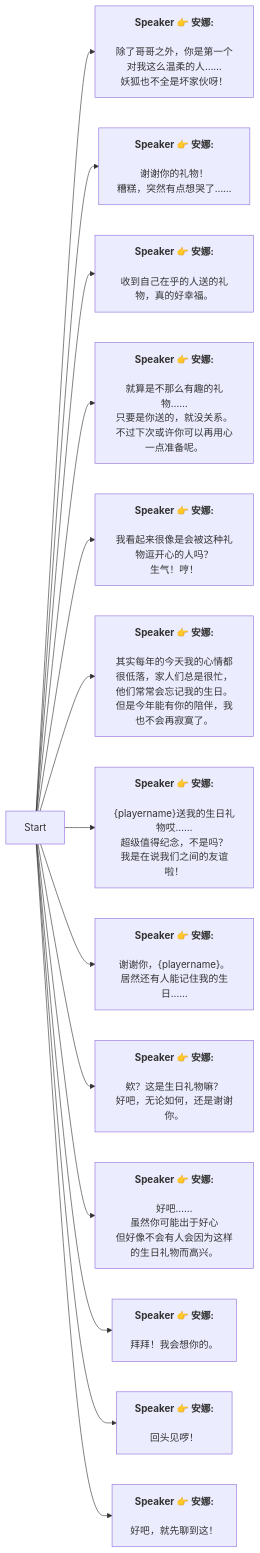
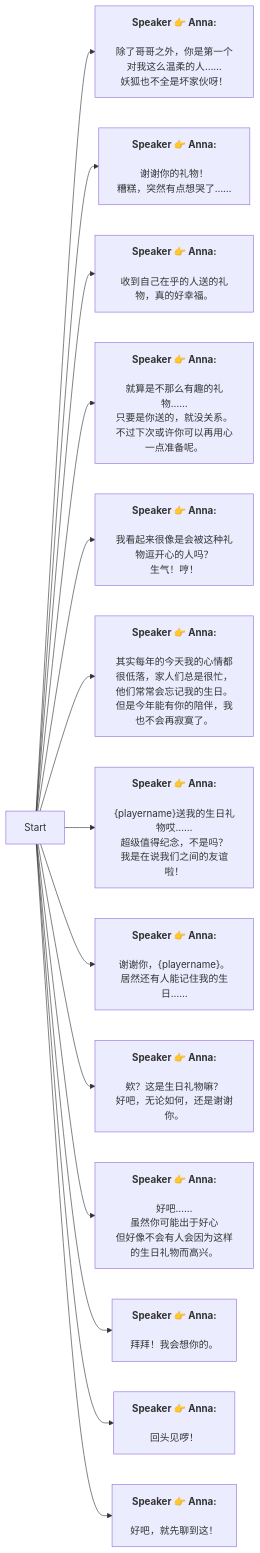
One commit to SoftHu/tos_avg changed the diagram in Zh/Anji.md. Above: the diagram before and after it, drawn with Mermaid. The commit also changed 737 other files, not shown here.

````diff
--- a/Zh/Anji.md
+++ b/Zh/Anji.md
@@ -1,55 +1,42 @@
 ```mermaid
 graph LR
-Start -->1763317949160131[<b>Speaker 👉 安娜:</b>
-
-除了哥哥之外，你是第一个对我这么温柔的人……
+Start -->1763317949160131[<b>Speaker 👉 Anna:</b>
+\n除了哥哥之外，你是第一个对我这么温柔的人……
 妖狐也不全是坏家伙呀！]
-Start -->1763317949160133[<b>Speaker 👉 安娜:</b>
-
-谢谢你的礼物！
+Start -->1763317949160133[<b>Speaker 👉 Anna:</b>
+\n谢谢你的礼物！
 糟糕，突然有点想哭了……]
-Start -->1763317949161159[<b>Speaker 👉 安娜:</b>
-
-收到自己在乎的人送的礼物，真的好幸福。]
-Start -->1763317949161161[<b>Speaker 👉 安娜:</b>
-
-就算是不那么有趣的礼物……
+Start -->1763317949161159[<b>Speaker 👉 Anna:</b>
+\n收到自己在乎的人送的礼物，真的好幸福。]
+Start -->1763317949161161[<b>Speaker 👉 Anna:</b>
+\n就算是不那么有趣的礼物……
 只要是你送的，就没关系。
 不过下次或许你可以再用心一点准备呢。]
-Start -->1763317949162187[<b>Speaker 👉 安娜:</b>
-
-我看起来很像是会被这种礼物逗开心的人吗？
+Start -->1763317949162187[<b>Speaker 👉 Anna:</b>
+\n我看起来很像是会被这种礼物逗开心的人吗？
 生气！哼！]
-Start -->1763317949162189[<b>Speaker 👉 安娜:</b>
-
-其实每年的今天我的心情都很低落，家人们总是很忙，他们常常会忘记我的生日。
+Start -->1763317949162189[<b>Speaker 👉 Anna:</b>
+\n其实每年的今天我的心情都很低落，家人们总是很忙，他们常常会忘记我的生日。
 但是今年能有你的陪伴，我也不会再寂寞了。]
-Start -->1763317949163215[<b>Speaker 👉 安娜:</b>
-
-&lbrace;playername&rbrace;送我的生日礼物哎……
+Start -->1763317949163215[<b>Speaker 👉 Anna:</b>
+\n&lbrace;playername&rbrace;送我的生日礼物哎……
 超级值得纪念，不是吗？
 我是在说我们之间的友谊啦！]
-Start -->1763317949163217[<b>Speaker 👉 安娜:</b>
-
-谢谢你，&lbrace;playername&rbrace;。
+Start -->1763317949163217[<b>Speaker 👉 Anna:</b>
+\n谢谢你，&lbrace;playername&rbrace;。
 居然还有人能记住我的生日……]
-Start -->1763317949163219[<b>Speaker 👉 安娜:</b>
-
-欸？这是生日礼物嘛？
+Start -->1763317949163219[<b>Speaker 👉 Anna:</b>
+\n欸？这是生日礼物嘛？
 好吧，无论如何，还是谢谢你。]
-Start -->1763317949164245[<b>Speaker 👉 安娜:</b>
-
-好吧……
+Start -->1763317949164245[<b>Speaker 👉 Anna:</b>
+\n好吧……
 虽然你可能出于好心
 但好像不会有人会因为这样的生日礼物而高兴。]
-Start -->1763317949164247[<b>Speaker 👉 安娜:</b>
+Start -->1763317949164247[<b>Speaker 👉 Anna:</b>
+\n拜拜！我会想你的。]
+Start -->1763317949164249[<b>Speaker 👉 Anna:</b>
+\n回头见啰！]
+Start -->1763317949165275[<b>Speaker 👉 Anna:</b>
+\n好吧，就先聊到这！]
 
-拜拜！我会想你的。]
-Start -->1763317949164249[<b>Speaker 👉 安娜:</b>
-
-回头见啰！]
-Start -->1763317949165275[<b>Speaker 👉 安娜:</b>
-
-好吧，就先聊到这！]
-
- ```
+```
````
